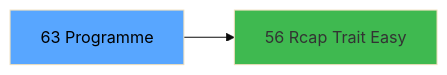
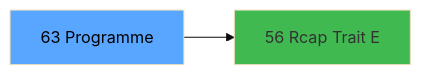
One commit to thonyAGP/magic-migration changed the third of 3 diagrams in .openspec/specs/ADH-IDE-63.md. Above: the diagram before and after it, drawn with Mermaid (base theme). The commit also changed other lines of this file and 323 other files, not shown here.

````diff
--- a/.openspec/specs/ADH-IDE-63.md
+++ b/.openspec/specs/ADH-IDE-63.md
@@ -121,8 +134,8 @@
 ```mermaid
 graph LR
     T[63 Programme]
-    C56[56 Rcap Trait Easy]
+    C56[56 Rcap Trait E]
     T --> C56
     style T fill:#58a6ff,color:#000
     style C56 fill:#3fb950
 ```
````
